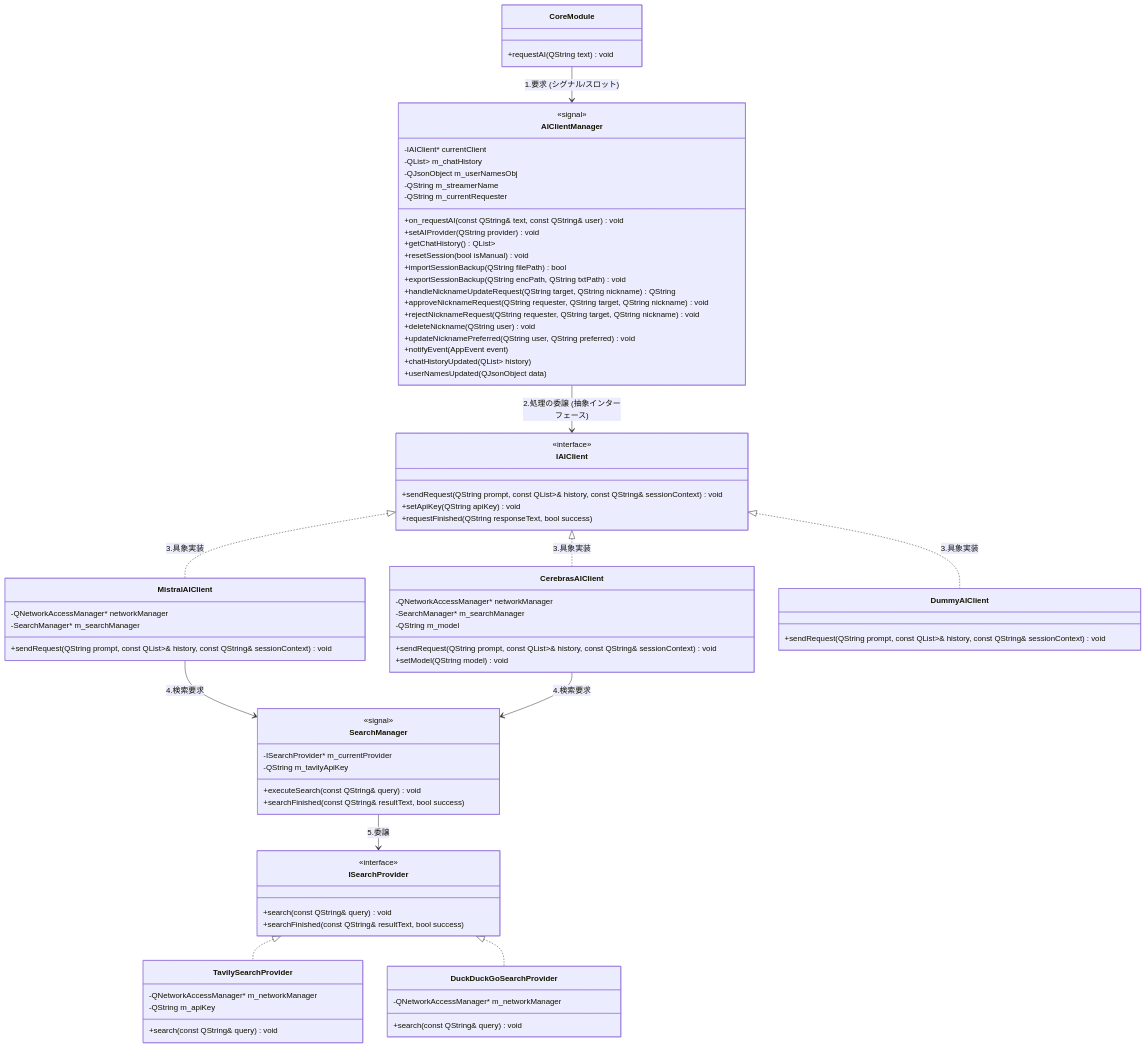
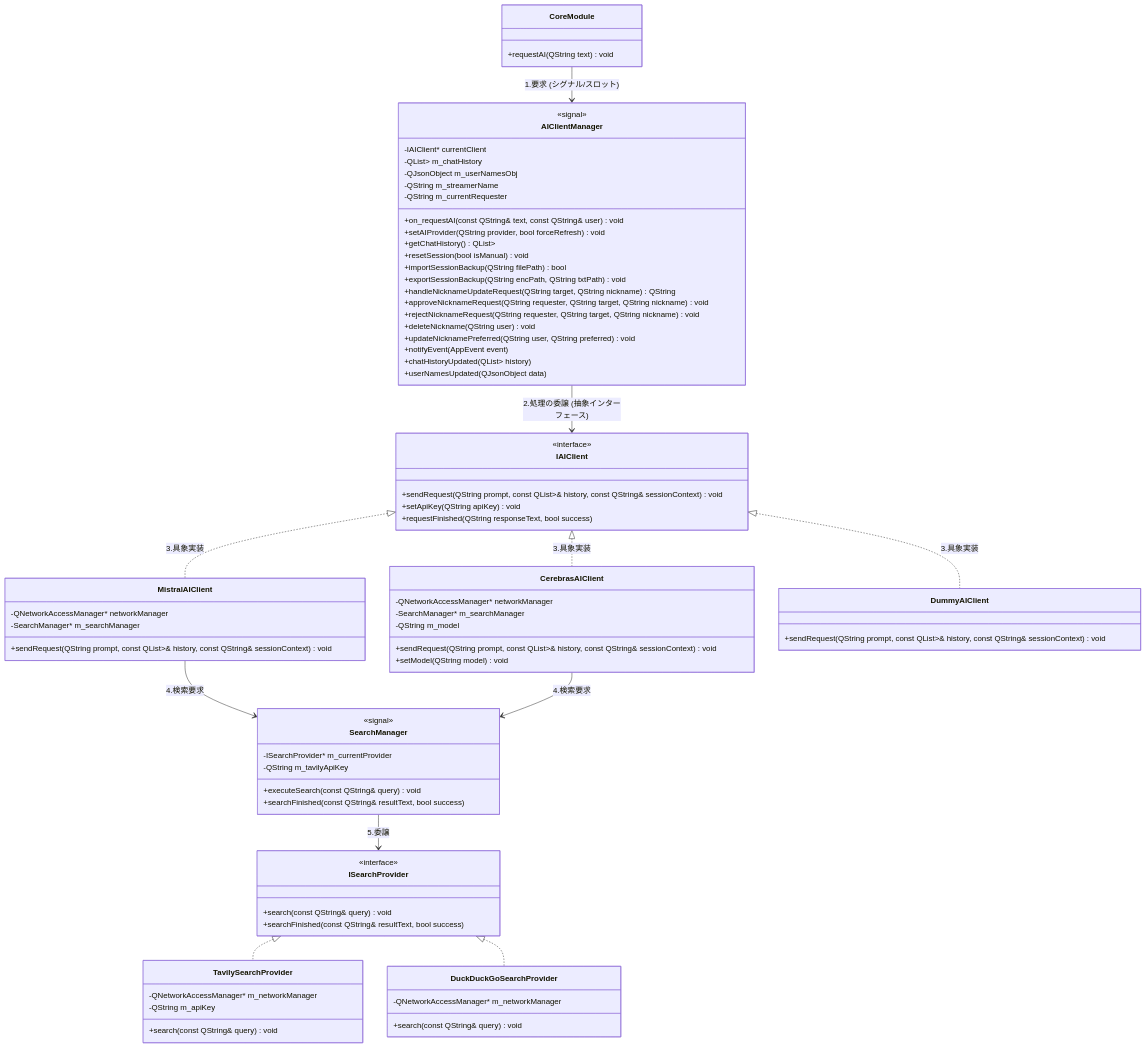
Before and after one commit to BLUE000/AiAssistantAvatar: the third of 19 diagrams in doc/BasicDesign.md, drawn with Mermaid. The commit also changed 3 other files, not shown here.

```diff
--- a/doc/BasicDesign.md
+++ b/doc/BasicDesign.md
@@ -134,7 +134,7 @@
         -QString m_streamerName
         -QString m_currentRequester
         +on_requestAI(const QString& text, const QString& user) void
-        +setAIProvider(QString provider) void
+        +setAIProvider(QString provider, bool forceRefresh) void
         +getChatHistory() QList<QPair<QString, QString>>
         +resetSession(bool isManual) void
         +importSessionBackup(QString filePath) bool
```
